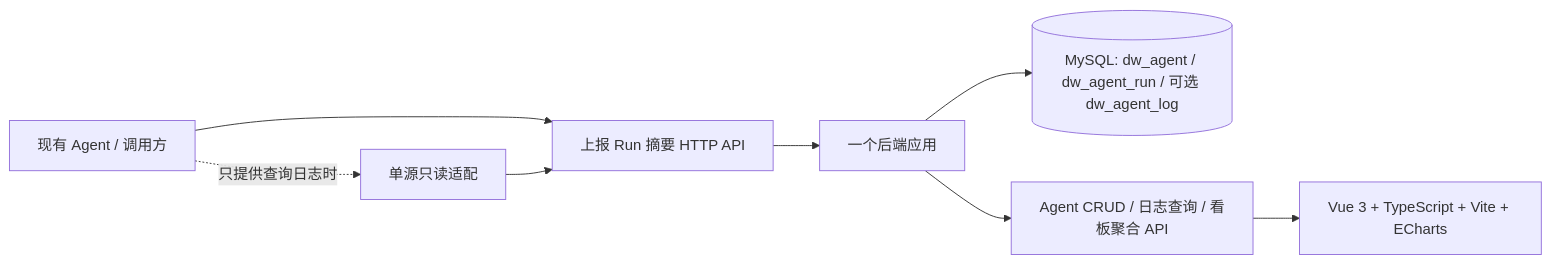
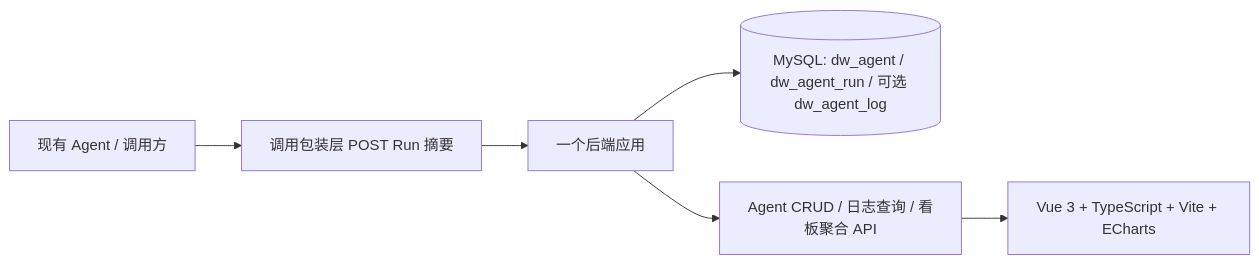
One commit to jackson-heylion/digital-workforce-dashboard changed the diagram in docs/03-architecture.md. Above: the diagram before and after it, drawn with Mermaid. The commit also changed other lines of this file, not shown here.

Commit message:
docs: align MVP, metrics and implementation with confirmed invocation-side Run reporting v1

````diff
--- a/docs/03-architecture.md
+++ b/docs/03-architecture.md
@@ -7,10 +7,8 @@
 ```mermaid
 flowchart LR
- A["现有 Agent / 调用方"] --> B["上报 Run 摘要 HTTP API"]
+ A["现有 Agent / 调用方"] --> B["调用包装层 POST Run 摘要"]
  B --> C["一个后端应用"]
  C --> DB[("MySQL: dw_agent / dw_agent_run / 可选 dw_agent_log")]
  C --> Q["Agent CRUD / 日志查询 / 看板聚合 API"]
  Q --> UI["Vue 3 + TypeScript + Vite + ECharts"]
- A -. "只提供查询日志时" .-> P["单源只读适配"]
- P --> B
 ```
````
